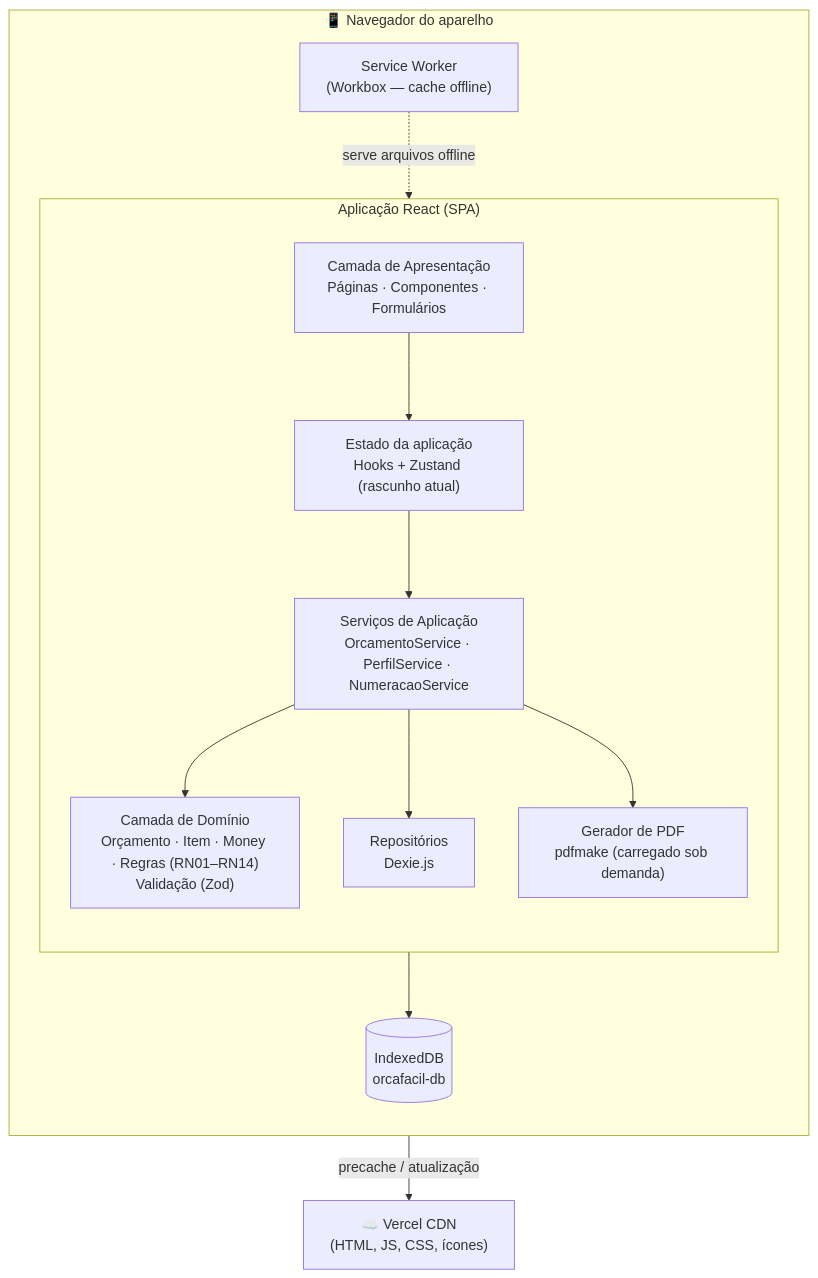
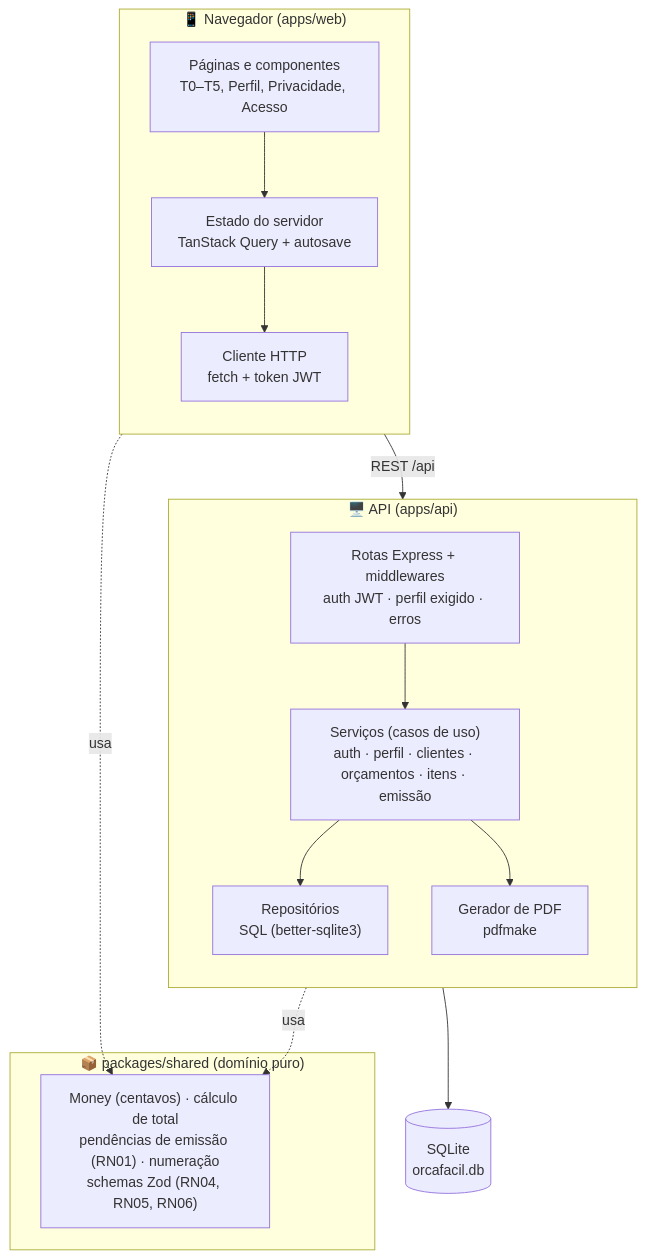
The second of 3 diagrams in docs/04-arquitetura.md (Lucas-Bobato/OrcaFacil), drawn with Mermaid before and after one commit. The commit also changed other lines of this file and 12 other files, not shown here.

````diff
--- a/docs/04-arquitetura.md
+++ b/docs/04-arquitetura.md
@@ -29,25 +31,28 @@
 ```mermaid
 flowchart TB
-    subgraph Device["📱 Navegador do aparelho"]
+    subgraph Navegador["📱 Navegador (apps/web)"]
         direction TB
-        SW["Service Worker<br/>(Workbox — cache offline)"]
-        subgraph SPA["Aplicação React (SPA)"]
-            direction TB
-            UI["Camada de Apresentação<br/>Páginas · Componentes · Formulários"]
-            ST["Estado da aplicação<br/>Hooks + Zustand (rascunho atual)"]
-            DOM["Camada de Domínio<br/>Orçamento · Item · Money · Regras (RN01–RN14)<br/>Validação (Zod)"]
-            SVC["Serviços de Aplicação<br/>OrcamentoService · PerfilService · NumeracaoService"]
-            PDF["Gerador de PDF<br/>pdfmake (carregado sob demanda)"]
-            REPO["Repositórios<br/>Dexie.js"]
-        end
-        IDB[("IndexedDB<br/>orcafacil-db")]
+        UI["Páginas e componentes<br/>T0–T5, Perfil, Privacidade, Acesso"]
+        Q["Estado do servidor<br/>TanStack Query + autosave"]
+        C["Cliente HTTP<br/>fetch + token JWT"]
+        UI --> Q --> C
     end
-    CDN["☁️ Vercel CDN<br/>(HTML, JS, CSS, ícones)"]
+    subgraph Shared["📦 packages/shared (domínio puro)"]
+        DOM["Money (centavos) · cálculo de total<br/>pendências de emissão (RN01) · numeração<br/>schemas Zod (RN04, RN05, RN06)"]
+    end
+    subgraph API["🖥️ API (apps/api)"]
+        direction TB
+        R["Rotas Express + middlewares<br/>auth JWT · perfil exigido · erros"]
+        S["Serviços (casos de uso)<br/>auth · perfil · clientes · orçamentos · itens · emissão"]
+        P["Gerador de PDF<br/>pdfmake"]
+        RP["Repositórios<br/>SQL (better-sqlite3)"]
+        R --> S --> RP
+        S --> P
+    end
+    DB[("SQLite<br/>orcafacil.db")]
 
-    UI --> ST --> SVC
-    SVC --> DOM
-    SVC --> REPO --> IDB
-    SVC --> PDF
-    SW -- "precache / atualização" --> CDN
-    SW -. "serve arquivos offline" .-> SPA
+    C -- "REST /api" --> R
+    UI -. usa .-> DOM
+    S -. usa .-> DOM
+    RP --> DB
 ```
````
